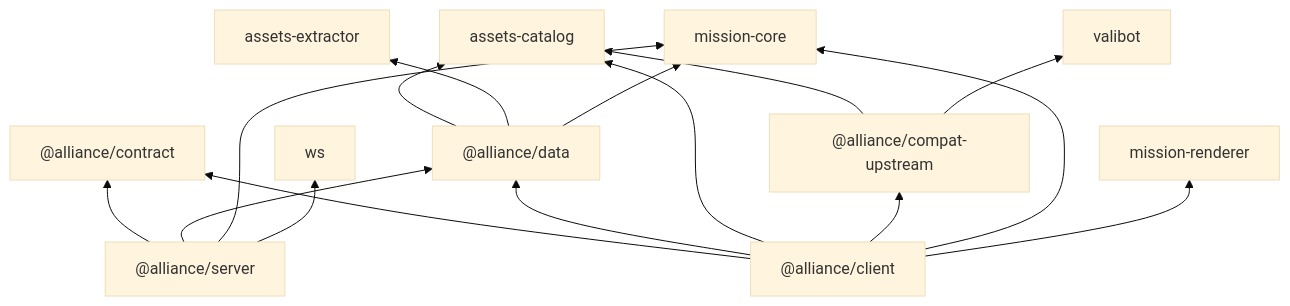
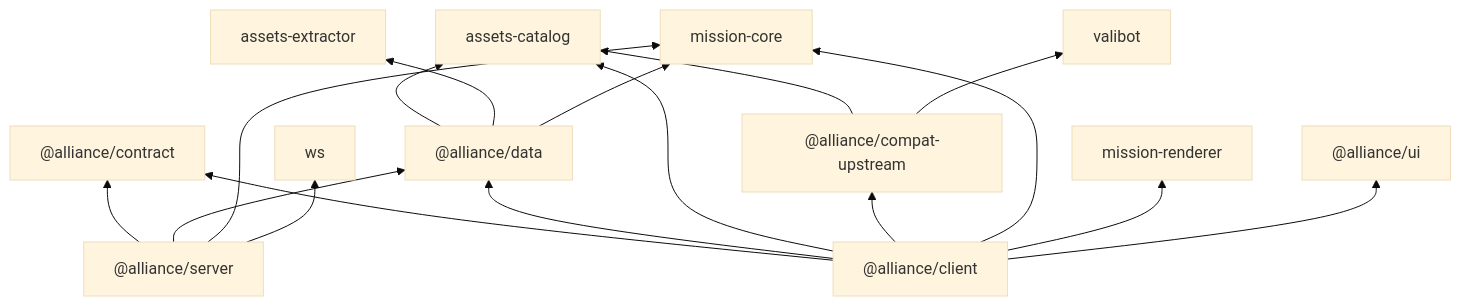
One commit to palmcivet/stronghold-protocol changed the diagram in docs/alliance/maintain/03-deps.md. Above: the diagram before and after it, drawn with Mermaid (base theme). The commit also changed other lines of this file and 352 other files, not shown here.

````diff
--- a/docs/alliance/maintain/03-deps.md
+++ b/docs/alliance/maintain/03-deps.md
@@ -12,29 +12,32 @@
 ```mermaid
 flowchart BT
   contract["@alliance/contract"]
   catalog[assets-catalog]
   extractor[assets-extractor]
   core[mission-core]
   renderer[mission-renderer]
   valibot[valibot]
   ws[ws]
 
   data["@alliance/data"] --> catalog
   data --> extractor
   data --> core
 
   compat["@alliance/compat-upstream"] --> catalog
   compat --> valibot
 
   server["@alliance/server"] --> contract
   server --> data
   server --> core
   server --> ws
 
+  ui["@alliance/ui"]
+
   client["@alliance/client"] --> contract
   client --> data
   client --> catalog
   client --> compat
   client --> core
   client --> renderer
+  client --> ui
 ```
````
